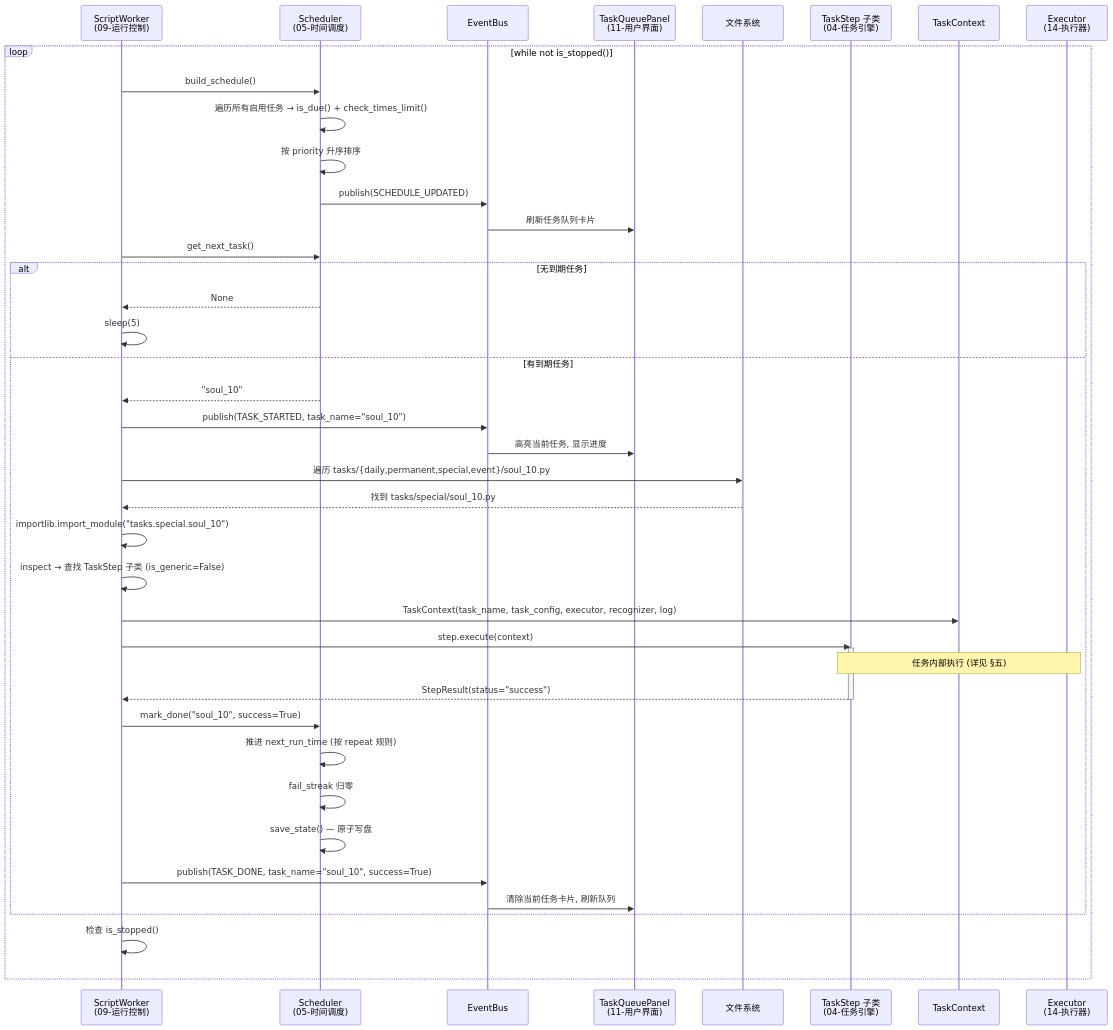
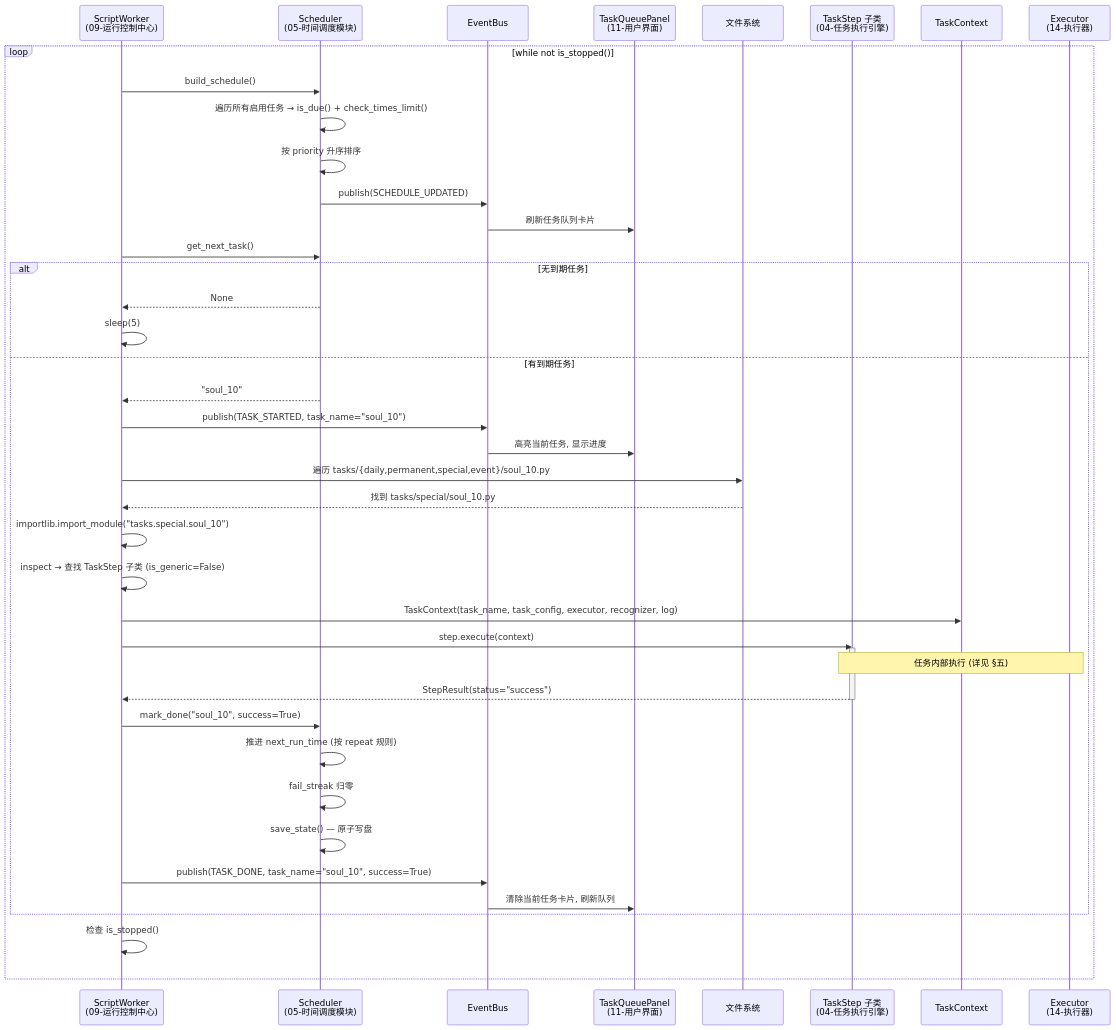
One commit to quchenfeng1/yys changed the fourth of 8 diagrams in 脚本实现/模块间交互时序图.md. Above: the diagram before and after it, drawn with Mermaid. The commit also changed other lines of this file and 41 other files, not shown here.

````diff
--- a/脚本实现/模块间交互时序图.md
+++ b/脚本实现/模块间交互时序图.md
@@ -171,54 +171,54 @@
 ```mermaid
 sequenceDiagram
-    participant SW as ScriptWorker<br/>(09-运行控制)
-    participant SCH as Scheduler<br/>(05-时间调度)
+    participant SW as ScriptWorker<br/>(09-运行控制中心)
+    participant SCH as Scheduler<br/>(05-时间调度模块)
     participant EB as EventBus
     participant UI as TaskQueuePanel<br/>(11-用户界面)
     participant FS as 文件系统
-    participant TASK as TaskStep 子类<br/>(04-任务引擎)
+    participant TASK as TaskStep 子类<br/>(04-任务执行引擎)
     participant CTX as TaskContext
     participant EXE as Executor<br/>(14-执行器)
 
     loop while not is_stopped()
         SW->>SCH: build_schedule()
         SCH->>SCH: 遍历所有启用任务 → is_due() + check_times_limit()
         SCH->>SCH: 按 priority 升序排序
         SCH->>EB: publish(SCHEDULE_UPDATED)
         EB->>UI: 刷新任务队列卡片
         
         SW->>SCH: get_next_task()
         alt 无到期任务
             SCH-->>SW: None
             SW->>SW: sleep(5)
         else 有到期任务
             SCH-->>SW: "soul_10"
             
             SW->>EB: publish(TASK_STARTED, task_name="soul_10")
             EB->>UI: 高亮当前任务, 显示进度
             
             SW->>FS: 遍历 tasks/{daily,permanent,special,event}/soul_10.py
             FS-->>SW: 找到 tasks/special/soul_10.py
             
             SW->>SW: importlib.import_module("tasks.special.soul_10")
             SW->>SW: inspect → 查找 TaskStep 子类 (is_generic=False)
             
             SW->>CTX: TaskContext(task_name, task_config, executor, recognizer, log)
             SW->>TASK: step.execute(context)
             
             activate TASK
             Note over TASK,EXE: 任务内部执行 (详见 §五)
             TASK-->>SW: StepResult(status="success")
             deactivate TASK
             
             SW->>SCH: mark_done("soul_10", success=True)
             SCH->>SCH: 推进 next_run_time (按 repeat 规则)
             SCH->>SCH: fail_streak 归零
             SCH->>SCH: save_state() — 原子写盘
             
             SW->>EB: publish(TASK_DONE, task_name="soul_10", success=True)
             EB->>UI: 清除当前任务卡片, 刷新队列
         end
         
         SW->>SW: 检查 is_stopped()
     end
 ```
````
